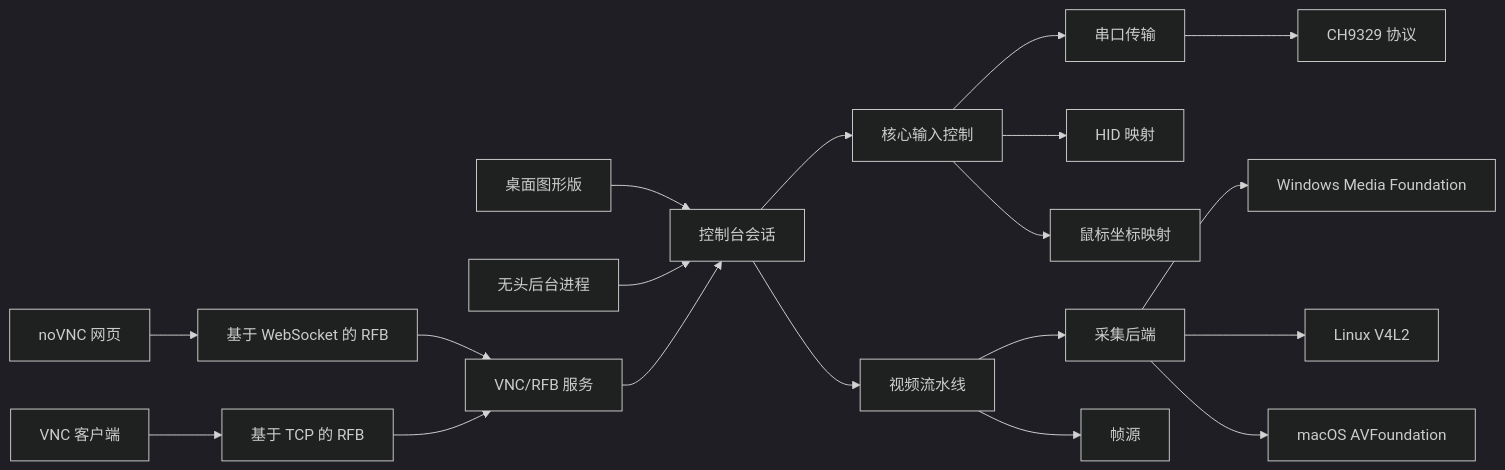
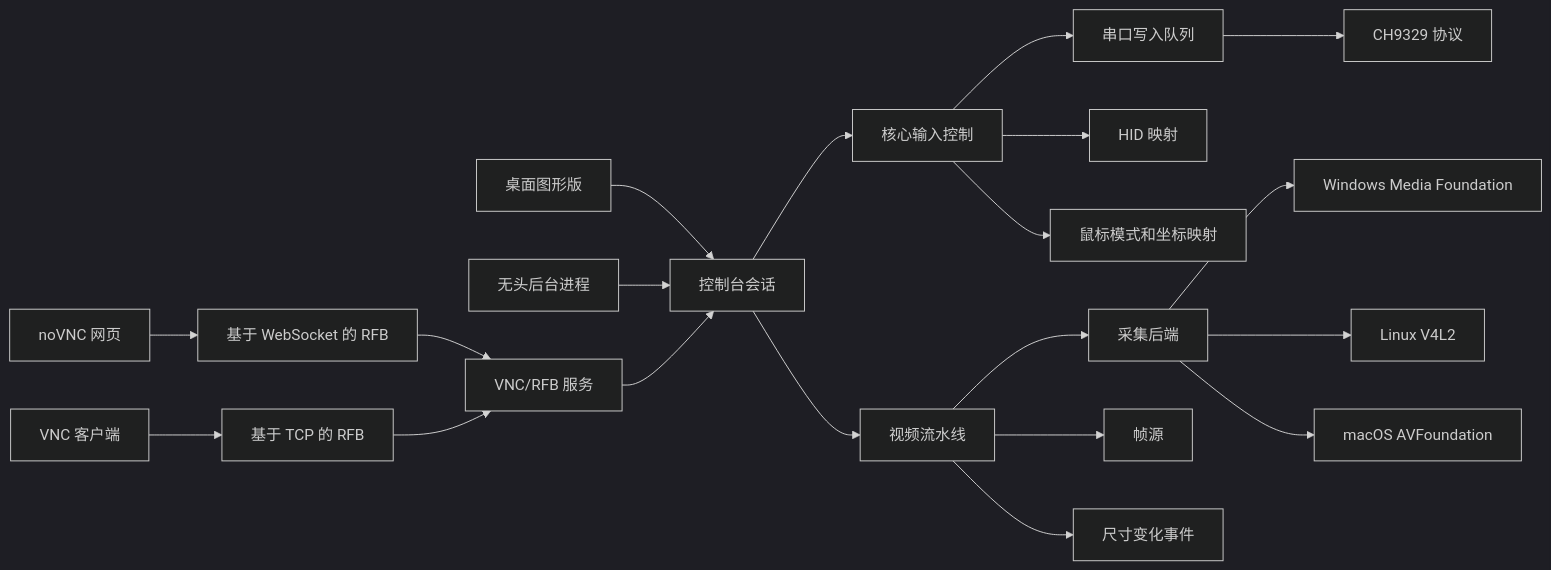
The diagram in docs/ipkvm-coarse-design.md (kxn/MyKvm), drawn with Mermaid (dark theme) before and after one commit. The commit also changed other lines of this file and 24 other files, not shown here.

Commit message:
chore: apply architecture scaffold review

````diff
--- a/docs/ipkvm-coarse-design.md
+++ b/docs/ipkvm-coarse-design.md
@@ -75,25 +97,26 @@
 ```mermaid
 flowchart LR
     desktop["桌面图形版"] --> session["控制台会话"]
     headless["无头后台进程"] --> session
     novnc["noVNC 网页"] --> rfbws["基于 WebSocket 的 RFB"]
     vnc["VNC 客户端"] --> rfbtcp["基于 TCP 的 RFB"]
     rfbws --> rfb["VNC/RFB 服务"]
     rfbtcp --> rfb
     rfb --> session
 
     session --> core["核心输入控制"]
     session --> video["视频流水线"]
 
-    core --> serial["串口传输"]
+    core --> serial["串口写入队列"]
     core --> hid["HID 映射"]
-    core --> mouse["鼠标坐标映射"]
+    core --> mouse["鼠标模式和坐标映射"]
     serial --> ch9329["CH9329 协议"]
 
     video --> capture["采集后端"]
     video --> frames["帧源"]
+    video --> resize["尺寸变化事件"]
 
     capture --> win["Windows Media Foundation"]
     capture --> linux["Linux V4L2"]
     capture --> mac["macOS AVFoundation"]
 ```
````
